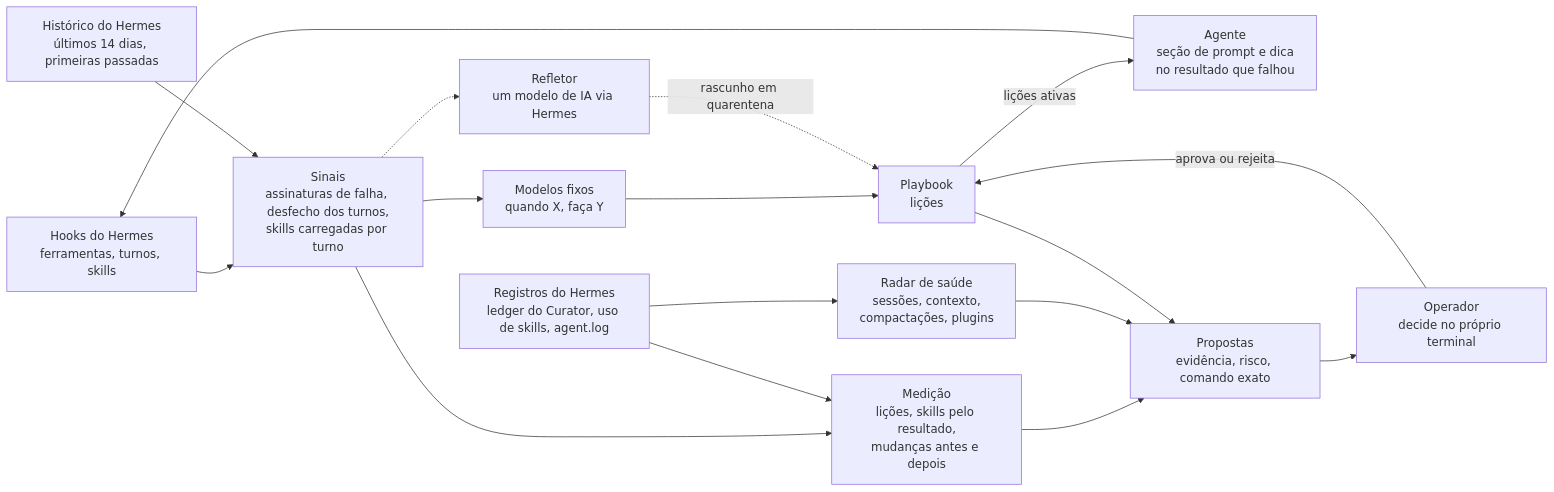
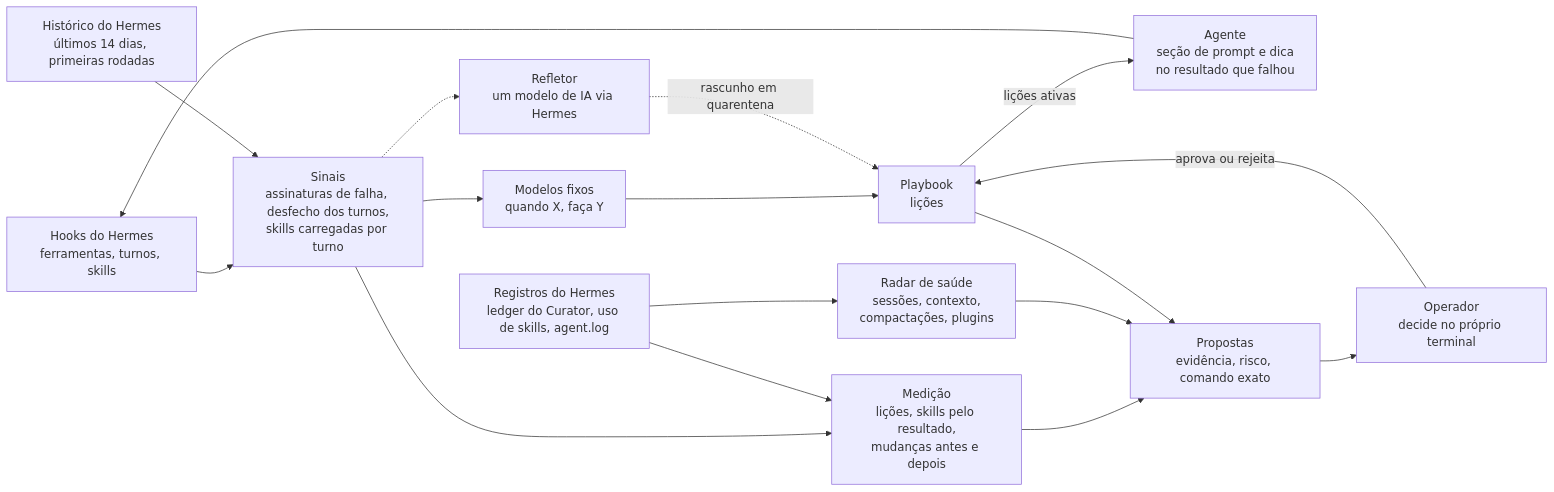
Before and after one commit to sesantanajr/hermes-atlas-evolution: the diagram in docs/pt-BR/evolution-loop.md, drawn with Mermaid. The commit also changed other lines of this file and 67 other files, not shown here.

````diff
--- a/docs/pt-BR/evolution-loop.md
+++ b/docs/pt-BR/evolution-loop.md
@@ -43,32 +47,32 @@
 ```mermaid
 flowchart LR
     hooks["Hooks do Hermes<br/>ferramentas, turnos, skills"]
-    history["Histórico do Hermes<br/>últimos 14 dias, primeiras passadas"]
+    history["Histórico do Hermes<br/>últimos 14 dias, primeiras rodadas"]
     records["Registros do Hermes<br/>ledger do Curator, uso de skills, agent.log"]
     signals["Sinais<br/>assinaturas de falha, desfecho dos turnos,<br/>skills carregadas por turno"]
     templates["Modelos fixos<br/>quando X, faça Y"]
     reflector["Refletor<br/>um modelo de IA via Hermes"]
     playbook["Playbook<br/>lições"]
     agent["Agente<br/>seção de prompt e dica<br/>no resultado que falhou"]
     measure["Medição<br/>lições, skills pelo resultado,<br/>mudanças antes e depois"]
     radar["Radar de saúde<br/>sessões, contexto,<br/>compactações, plugins"]
     proposals["Propostas<br/>evidência, risco, comando exato"]
     operator["Operador<br/>decide no próprio terminal"]
 
     hooks --> signals
     history --> signals
     signals --> templates
     templates --> playbook
     signals -.-> reflector
     reflector -.->|rascunho em quarentena| playbook
     playbook -->|lições ativas| agent
     agent --> hooks
     signals --> measure
     records --> measure
     records --> radar
     measure --> proposals
     radar --> proposals
     playbook --> proposals
     proposals --> operator
     operator -->|aprova ou rejeita| playbook
 ```
````
